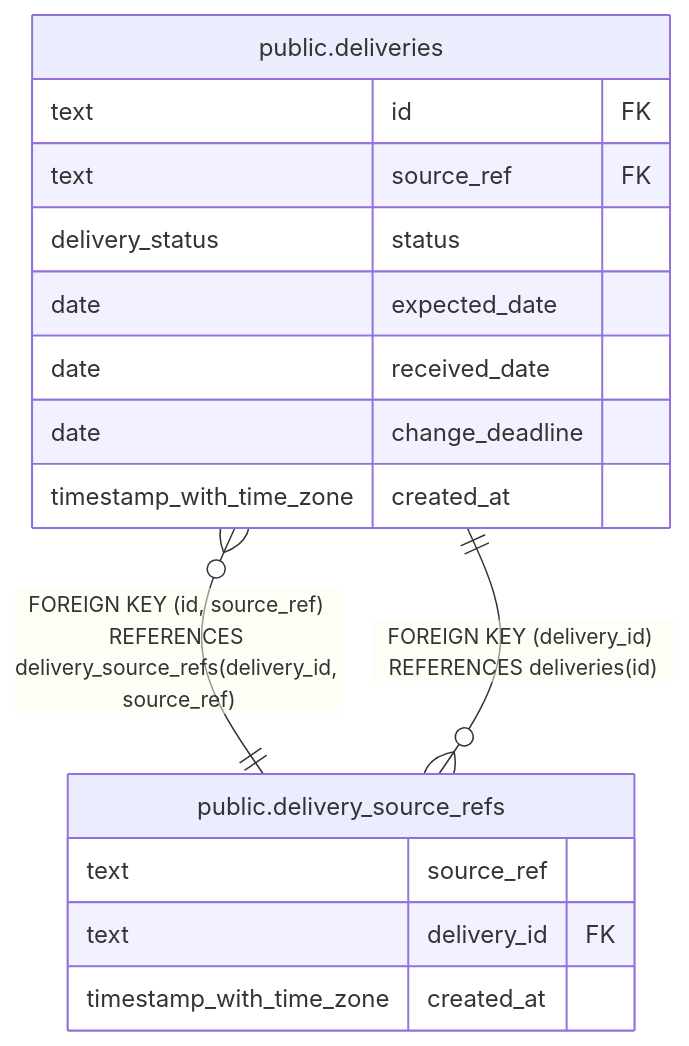
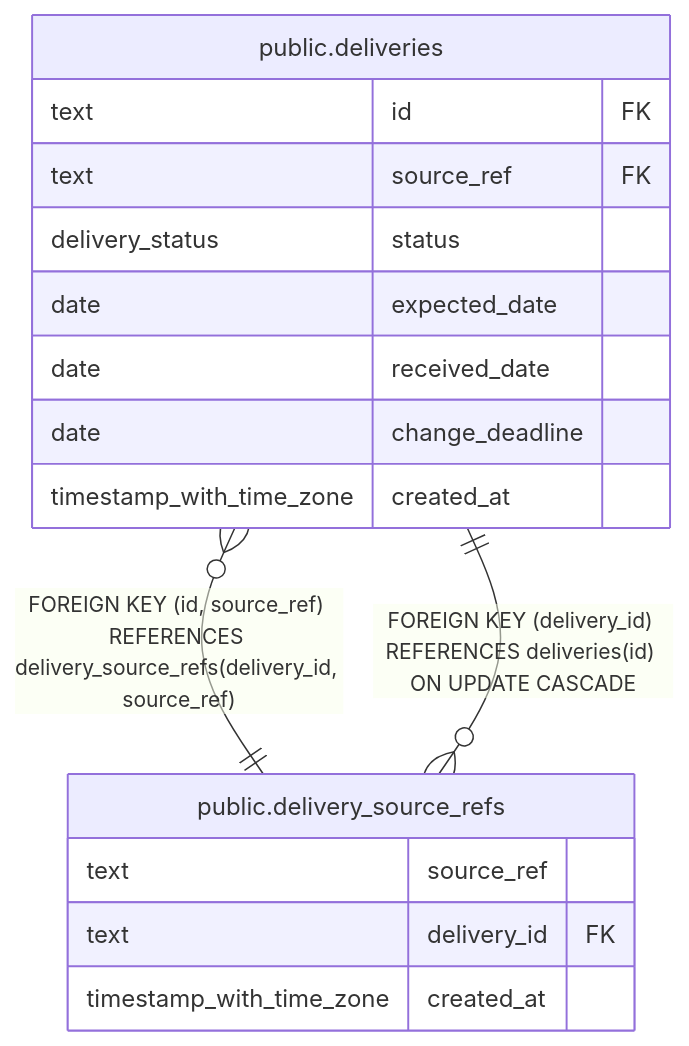
Before and after one commit to fohte/meshi: the diagram in server/docs/db/public.delivery_source_refs.md, drawn with Mermaid. The commit also changed other lines of this file and 12 other files, not shown here.

First line of the commit message:
stock: harden delivery source reference history

````diff
--- a/server/docs/db/public.delivery_source_refs.md
+++ b/server/docs/db/public.delivery_source_refs.md
@@ -35,21 +35,21 @@
 ```mermaid
 erDiagram
 
 "public.deliveries" }o--|| "public.delivery_source_refs" : "FOREIGN KEY (id, source_ref) REFERENCES delivery_source_refs(delivery_id, source_ref)"
-"public.delivery_source_refs" }o--|| "public.deliveries" : "FOREIGN KEY (delivery_id) REFERENCES deliveries(id)"
+"public.delivery_source_refs" }o--|| "public.deliveries" : "FOREIGN KEY (delivery_id) REFERENCES deliveries(id) ON UPDATE CASCADE"
 
 "public.delivery_source_refs" {
   text source_ref
   text delivery_id FK
   timestamp_with_time_zone created_at
 }
 "public.deliveries" {
   text id FK
   text source_ref FK
   delivery_status status
   date expected_date
   date received_date
   date change_deadline
   timestamp_with_time_zone created_at
 }
 ```
````
